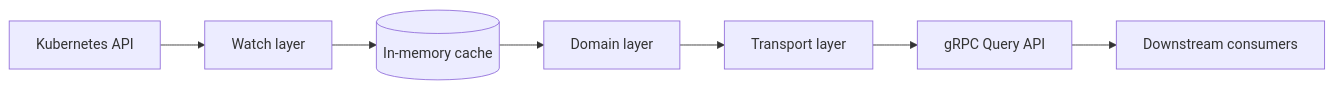
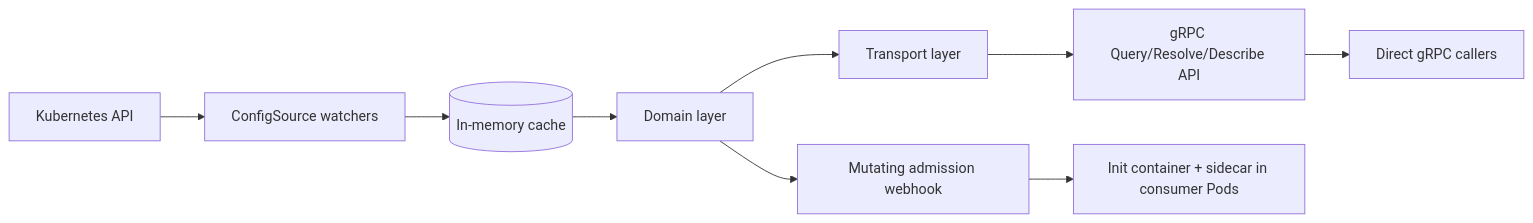
Before and after one commit to Garoze/Muninn: the diagram in docs/design.md, drawn with Mermaid. The commit also changed other lines of this file, not shown here.

Commit message:
docs: rewrite design.md for the ConfigSource/webhook architecture

````diff
--- a/docs/design.md
+++ b/docs/design.md
@@ -69,9 +83,11 @@
 ```mermaid
 flowchart LR
-    K[Kubernetes API] --> W[Watch layer]
+    K[Kubernetes API] --> W[ConfigSource watchers]
     W --> C[(In-memory cache)]
     C --> D[Domain layer]
     D --> T[Transport layer]
-    T --> Q[gRPC Query API]
-    Q --> X[Downstream consumers]
+    T --> Q[gRPC Query/Resolve/Describe API]
+    Q --> X[Direct gRPC callers]
+    D --> H[Mutating admission webhook]
+    H --> P[Init container + sidecar in consumer Pods]
 ```
````
